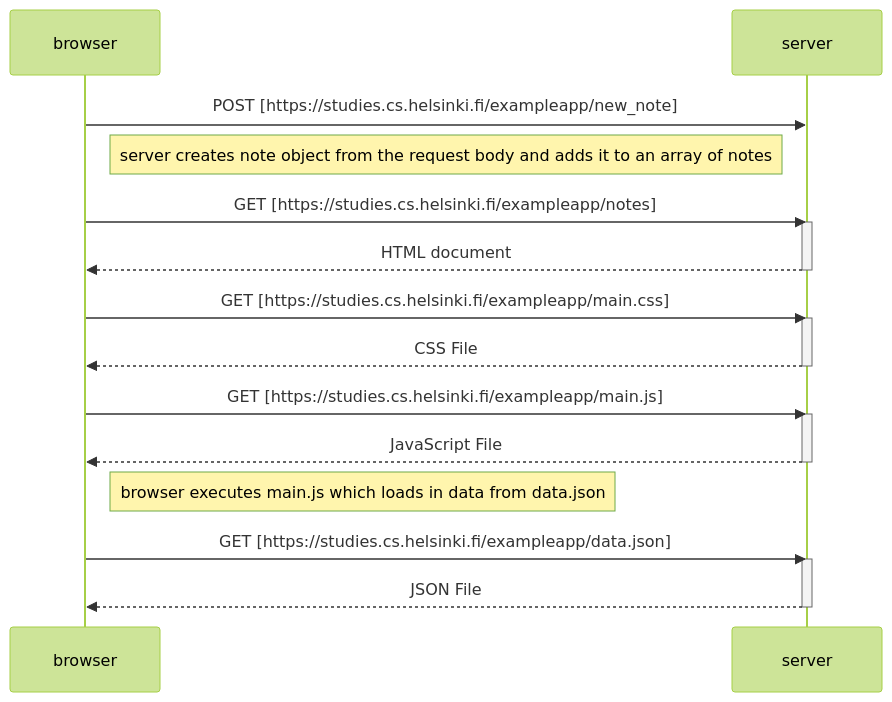
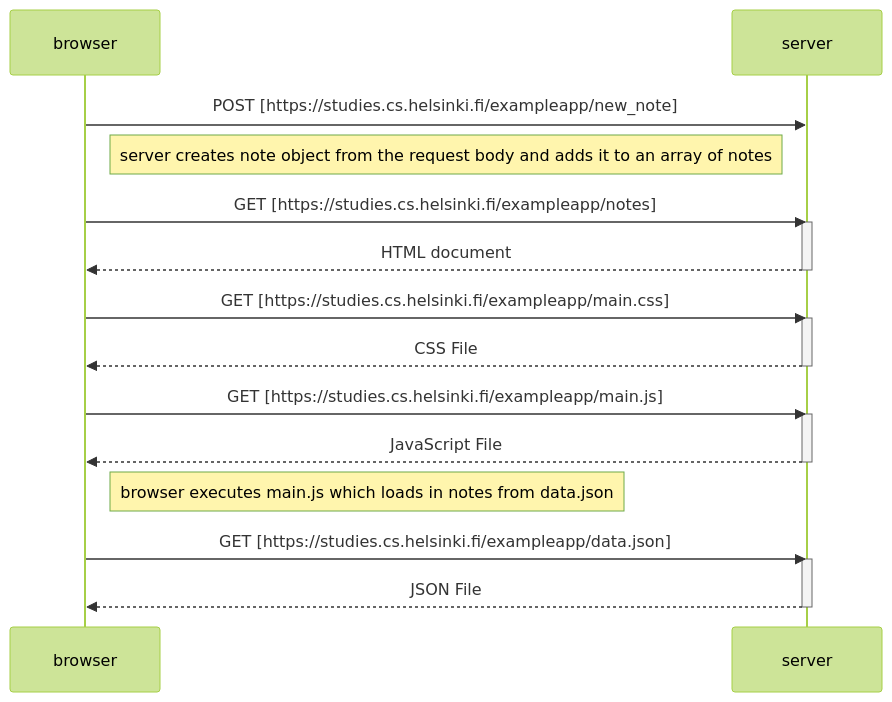
Before and after one commit to JNeed/JN_Helsinki_Course: the diagram in add_note_mermaid.md, drawn with Mermaid (forest theme).

Commit message:
Update add_note_mermaid.md
Small correction to main.js explanation

````diff
--- a/add_note_mermaid.md
+++ b/add_note_mermaid.md
@@ -1,24 +1,24 @@
 ```mermaid
 sequenceDiagram
     participant browser
     participant server
  browser->>server: POST [https://studies.cs.helsinki.fi/exampleapp/new_note]
  Note right of browser: server creates note object from the request body and adds it to an array of notes
  browser->>server: GET [https://studies.cs.helsinki.fi/exampleapp/notes]
     activate server
     server-->>browser: HTML document
     deactivate server
  browser->>server: GET [https://studies.cs.helsinki.fi/exampleapp/main.css]
     activate server
     server-->>browser: CSS File
     deactivate server
  browser->>server: GET [https://studies.cs.helsinki.fi/exampleapp/main.js]
     activate server
     server-->>browser: JavaScript File
     deactivate server
- Note right of browser: browser executes main.js which loads in data from data.json
+ Note right of browser: browser executes main.js which loads in notes from data.json
  browser->>server: GET [https://studies.cs.helsinki.fi/exampleapp/data.json]
     activate server
     server-->>browser: JSON File
     deactivate server
 ```
````
